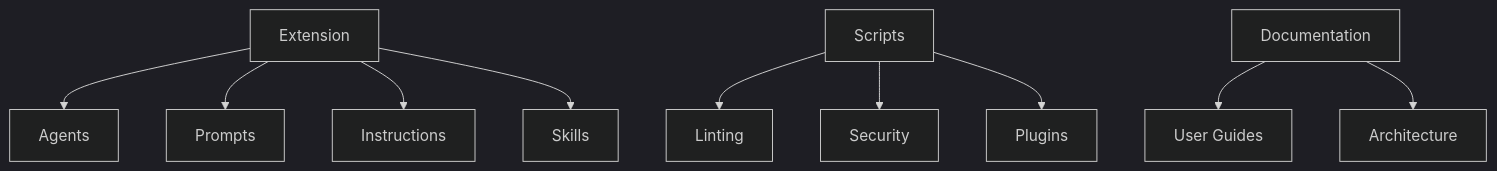
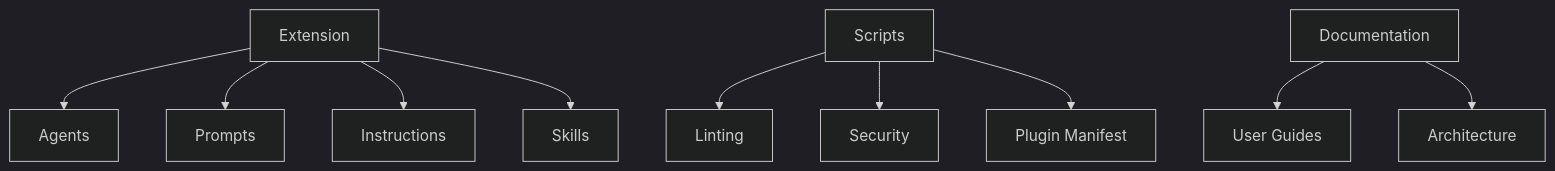
The diagram in docs/architecture/README.md (MohammedAlkindi/hve-core), drawn with Mermaid (dark theme) before and after one commit. The commit also changed other lines of this file and 142 other files, not shown here.

First line of the commit message:
feat(plugins): consolidate HVE Core into one plugin (#2712)

````diff
--- a/docs/architecture/README.md
+++ b/docs/architecture/README.md
@@ -20,12 +20,12 @@
 ```mermaid
 graph TD
     EXT[Extension] --> AGENTS[Agents]
     EXT --> PROMPTS[Prompts]
     EXT --> INSTRUCTIONS[Instructions]
     EXT --> SKILLS[Skills]
     SCRIPTS[Scripts] --> LINTING[Linting]
     SCRIPTS --> SECURITY[Security]
-    SCRIPTS --> PLUGINS[Plugins]
+    SCRIPTS --> MANIFEST[Plugin Manifest]
     DOCS[Documentation] --> GUIDES[User Guides]
     DOCS --> ARCH[Architecture]
 ```
````
